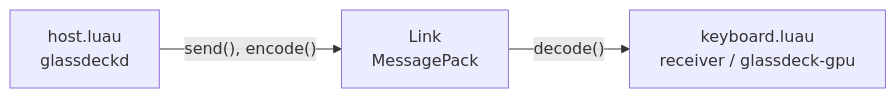
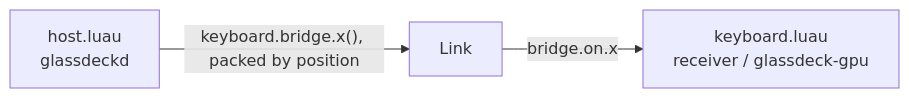
Before and after one commit to TareHimself/glassdeck: the diagram in crates/glassdeck-luau/README.md, drawn with Mermaid. The commit also changed 31 other files, not shown here.

First line of the commit message:
Port the example modules to bridge, and drop send and on_data

````diff
--- a/crates/glassdeck-luau/README.md
+++ b/crates/glassdeck-luau/README.md
@@ -5,4 +5,4 @@
 ```mermaid
 flowchart LR
-  h[host.luau<br/>glassdeckd] -- "send(), encode()" --> L[Link<br/>MessagePack] -- "decode()" --> k[keyboard.luau<br/>receiver / glassdeck-gpu]
+  h[host.luau<br/>glassdeckd] -- "keyboard.bridge.x(), packed by position" --> L[Link] -- "bridge.on.x" --> k[keyboard.luau<br/>receiver / glassdeck-gpu]
 ```
````
